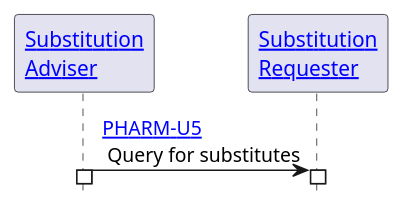
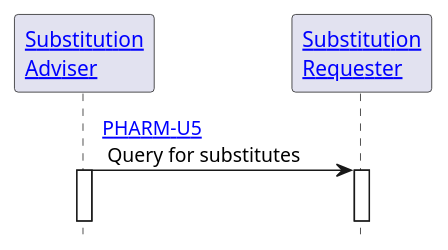
Before and after one commit to unicom-project-eu/unicom-ihe-transactions: the diagram in input/images-source/u5.plantuml, drawn with PlantUML. The commit also changed 3 other files, not shown here.

Commit message:
update transaction diagrams

```diff
--- a/input/images-source/u5.plantuml
+++ b/input/images-source/u5.plantuml
@@ -1,10 +1,10 @@
 @startuml
 hide footbox
 participant "[[actors_and_transactions.html#substitution-adviser Substitution\nAdviser]]" as a3
 participant "[[actors_and_transactions.html#substitution-requester Substitution\nRequester]]" as a4
 
-a3 -> a4 : [[u5.html PHARM-U5]]\n Query for substitutes
+a3 -> a4 : [[u5.html PHARM-U5]]\n Query for substitutes \t
 activate a3
 activate a4
-
+|||
 @enduml
```
